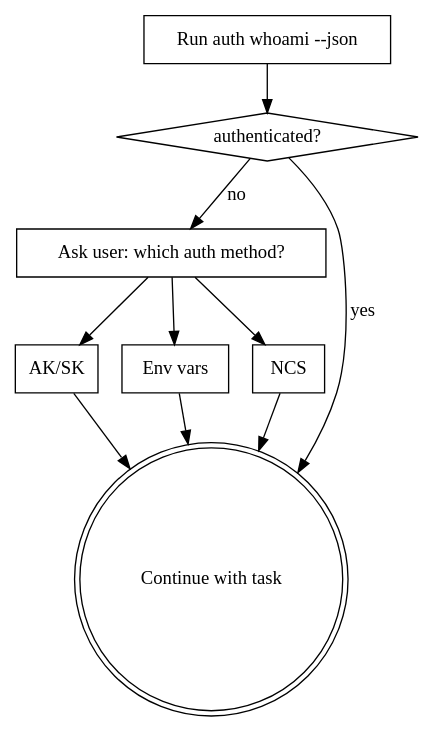
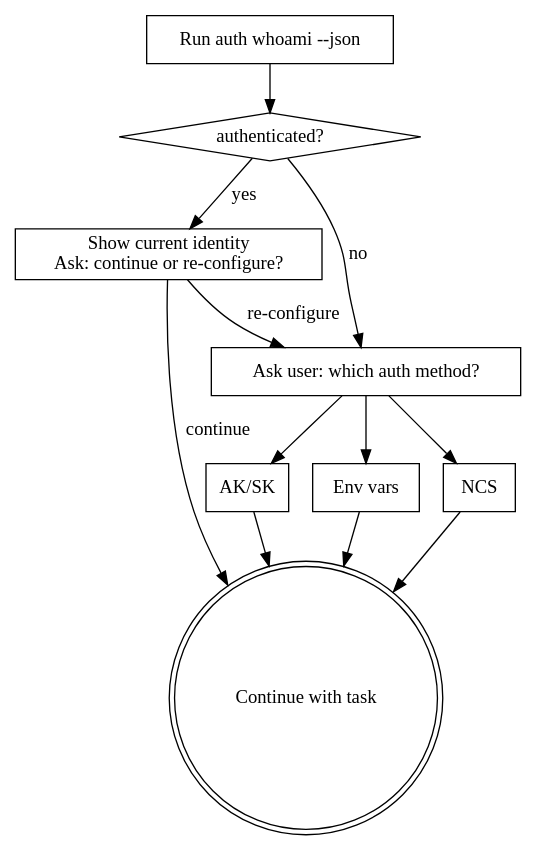
One commit to aliyun/aliyun-odps-console changed the diagram in skills/use-maxc-cli/SKILL.md. Above: the diagram before and after it, drawn with Graphviz. The commit also changed other lines of this file and 1 other file, not shown here.

Commit message:
docs(skill): add re-configure option when already authenticated in bootstrap flow
- SKILL.md: update flowchart — authenticated=true now shows current identity
  and asks user to continue or re-configure, instead of proceeding silently
- bootstrap-auth.md: Step 1 now documents the re-configure prompt and
  clarifies that silent continuation is not allowed

````diff
--- a/skills/use-maxc-cli/SKILL.md
+++ b/skills/use-maxc-cli/SKILL.md
@@ -23,21 +23,24 @@
 ```dot
 digraph bootstrap {
     "Run auth whoami --json" [shape=box];
     "authenticated?" [shape=diamond];
+    "Show current identity\nAsk: continue or re-configure?" [shape=box];
+    "Continue with task" [shape=doublecircle];
     "Ask user: which auth method?" [shape=box];
     "AK/SK" [shape=box];
     "Env vars" [shape=box];
     "NCS" [shape=box];
-    "Continue with task" [shape=doublecircle];
 
     "Run auth whoami --json" -> "authenticated?";
-    "authenticated?" -> "Continue with task" [label="yes"];
+    "authenticated?" -> "Show current identity\nAsk: continue or re-configure?" [label="yes"];
     "authenticated?" -> "Ask user: which auth method?" [label="no"];
+    "Show current identity\nAsk: continue or re-configure?" -> "Continue with task" [label="continue"];
+    "Show current identity\nAsk: continue or re-configure?" -> "Ask user: which auth method?" [label="re-configure"];
     "Ask user: which auth method?" -> "AK/SK";
     "Ask user: which auth method?" -> "Env vars";
     "Ask user: which auth method?" -> "NCS";
     "AK/SK" -> "Continue with task";
     "Env vars" -> "Continue with task";
     "NCS" -> "Continue with task";
 }
 ```
````
